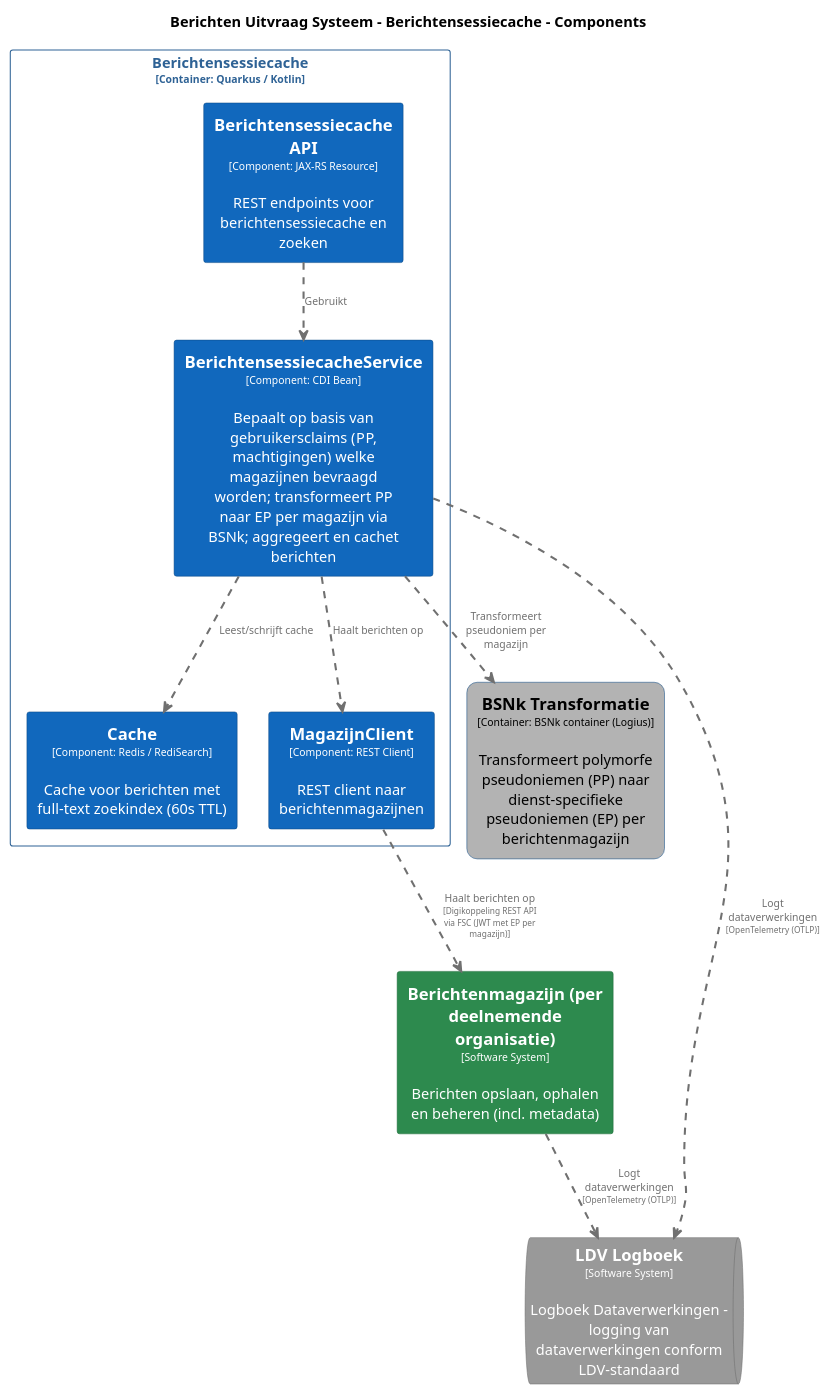
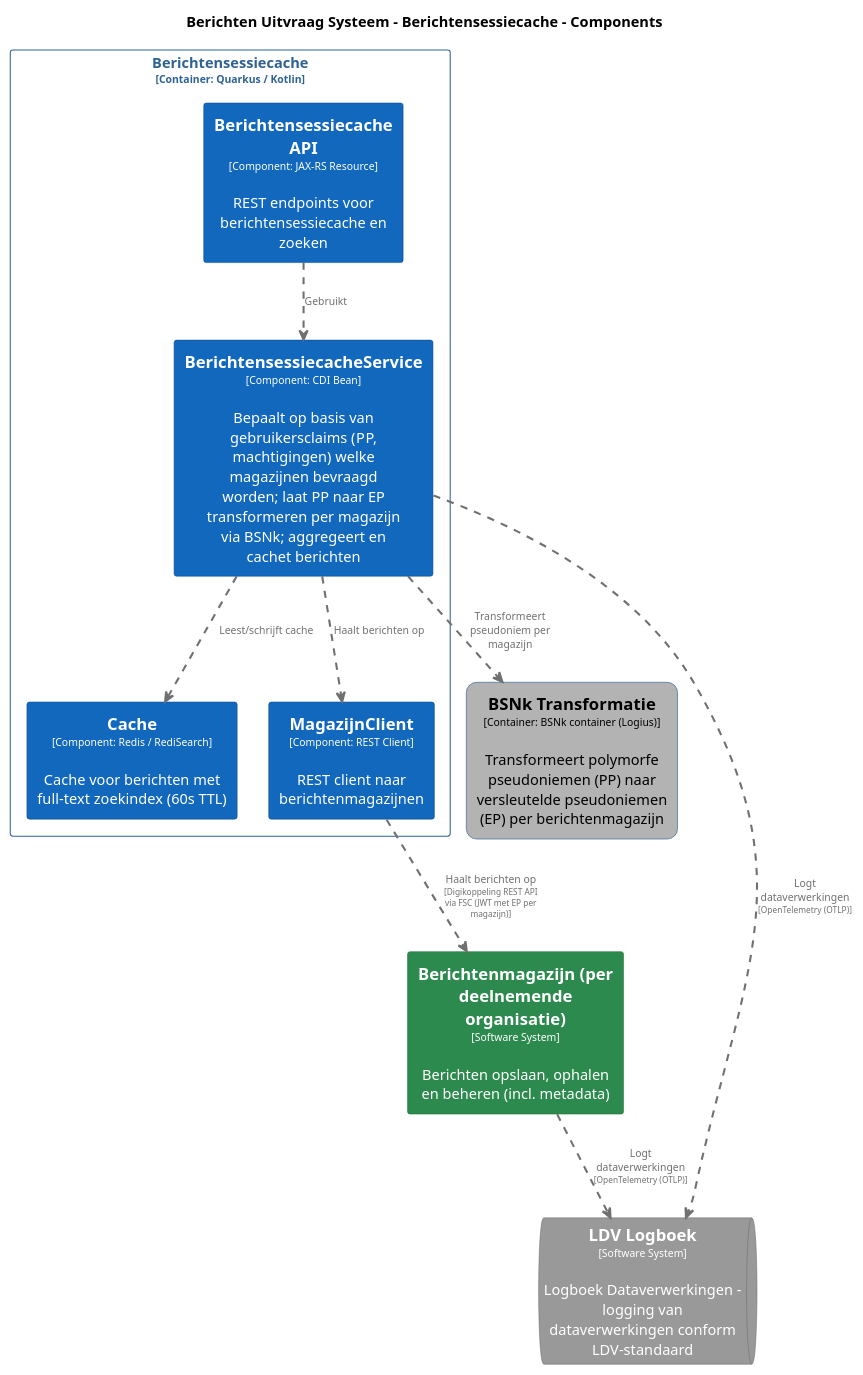
The diagram in pr-preview/pr-22/master/puml/BerichtensessiecacheComponenten.puml (MinBZK/moza-poc-fbs-berichtenbox), drawn with PlantUML before and after one commit. The commit also changed 29 other files, not shown here.

```diff
--- a/pr-preview/pr-22/master/puml/BerichtensessiecacheComponenten.puml
+++ b/pr-preview/pr-22/master/puml/BerichtensessiecacheComponenten.puml
@@ -1,85 +1,85 @@
 @startuml
 set separator none
 title Berichten Uitvraag Systeem - Berichtensessiecache - Components
 
 top to bottom direction
 skinparam ranksep 60
 skinparam nodesep 30
 
 skinparam {
   arrowFontSize 10
   defaultTextAlignment center
   wrapWidth 200
   maxMessageSize 100
 }
 
 hide stereotype
 
 skinparam rectangle<<BerichtenUitvraagSysteem.BSNkTransformatie>> {
   BackgroundColor #b3b3b3
   FontColor #000000
   BorderColor #0b4884
   roundCorner 20
   shadowing false
 }
 skinparam rectangle<<Berichtenmagazijnperdeelnemendeorganisatie>> {
   BackgroundColor #2d8a4e
   FontColor #ffffff
   BorderColor #1e6b38
   shadowing false
 }
 skinparam rectangle<<BerichtenUitvraagSysteem.Berichtensessiecache.BerichtensessiecacheAPI>> {
   BackgroundColor #1168bd
   FontColor #ffffff
   BorderColor #0b4884
   shadowing false
 }
 skinparam rectangle<<BerichtenUitvraagSysteem.Berichtensessiecache.BerichtensessiecacheService>> {
   BackgroundColor #1168bd
   FontColor #ffffff
   BorderColor #0b4884
   shadowing false
 }
 skinparam rectangle<<BerichtenUitvraagSysteem.Berichtensessiecache.Cache>> {
   BackgroundColor #1168bd
   FontColor #ffffff
   BorderColor #0b4884
   shadowing false
 }
 skinparam queue<<LDVLogboek>> {
   BackgroundColor #999999
   FontColor #ffffff
   BorderColor #6b6b6b
   shadowing false
 }
 skinparam rectangle<<BerichtenUitvraagSysteem.Berichtensessiecache.MagazijnClient>> {
   BackgroundColor #1168bd
   FontColor #ffffff
   BorderColor #0b4884
   shadowing false
 }
 skinparam rectangle<<BerichtenUitvraagSysteem.Berichtensessiecache>> {
   BorderColor #2e6295
   FontColor #2e6295
   shadowing false
 }
 
 rectangle "==Berichtenmagazijn (per deelnemende organisatie)\n<size:10>[Software System]</size>\n\nBerichten opslaan, ophalen en beheren (incl. metadata)" <<Berichtenmagazijnperdeelnemendeorganisatie>> as Berichtenmagazijnperdeelnemendeorganisatie
-rectangle "==BSNk Transformatie\n<size:10>[Container: BSNk container (Logius)]</size>\n\nTransformeert polymorfe pseudoniemen (PP) naar dienst-specifieke pseudoniemen (EP) per berichtenmagazijn" <<BerichtenUitvraagSysteem.BSNkTransformatie>> as BerichtenUitvraagSysteem.BSNkTransformatie
+rectangle "==BSNk Transformatie\n<size:10>[Container: BSNk container (Logius)]</size>\n\nTransformeert polymorfe pseudoniemen (PP) naar versleutelde pseudoniemen (EP) per berichtenmagazijn" <<BerichtenUitvraagSysteem.BSNkTransformatie>> as BerichtenUitvraagSysteem.BSNkTransformatie
 queue "==LDV Logboek\n<size:10>[Software System]</size>\n\nLogboek Dataverwerkingen - logging van dataverwerkingen conform LDV-standaard" <<LDVLogboek>> as LDVLogboek
 
 rectangle "Berichtensessiecache\n<size:10>[Container: Quarkus / Kotlin]</size>" <<BerichtenUitvraagSysteem.Berichtensessiecache>> {
   rectangle "==Berichtensessiecache API\n<size:10>[Component: JAX-RS Resource]</size>\n\nREST endpoints voor berichtensessiecache en zoeken" <<BerichtenUitvraagSysteem.Berichtensessiecache.BerichtensessiecacheAPI>> as BerichtenUitvraagSysteem.Berichtensessiecache.BerichtensessiecacheAPI
-  rectangle "==BerichtensessiecacheService\n<size:10>[Component: CDI Bean]</size>\n\nBepaalt op basis van gebruikersclaims (PP, machtigingen) welke magazijnen bevraagd worden; transformeert PP naar EP per magazijn via BSNk; aggregeert en cachet berichten" <<BerichtenUitvraagSysteem.Berichtensessiecache.BerichtensessiecacheService>> as BerichtenUitvraagSysteem.Berichtensessiecache.BerichtensessiecacheService
+  rectangle "==BerichtensessiecacheService\n<size:10>[Component: CDI Bean]</size>\n\nBepaalt op basis van gebruikersclaims (PP, machtigingen) welke magazijnen bevraagd worden; laat PP naar EP transformeren per magazijn via BSNk; aggregeert en cachet berichten" <<BerichtenUitvraagSysteem.Berichtensessiecache.BerichtensessiecacheService>> as BerichtenUitvraagSysteem.Berichtensessiecache.BerichtensessiecacheService
   rectangle "==Cache\n<size:10>[Component: Redis / RediSearch]</size>\n\nCache voor berichten met full-text zoekindex (60s TTL)" <<BerichtenUitvraagSysteem.Berichtensessiecache.Cache>> as BerichtenUitvraagSysteem.Berichtensessiecache.Cache
   rectangle "==MagazijnClient\n<size:10>[Component: REST Client]</size>\n\nREST client naar berichtenmagazijnen" <<BerichtenUitvraagSysteem.Berichtensessiecache.MagazijnClient>> as BerichtenUitvraagSysteem.Berichtensessiecache.MagazijnClient
 }
 
 Berichtenmagazijnperdeelnemendeorganisatie .[#707070,thickness=2].> LDVLogboek : "<color:#707070>Logt dataverwerkingen\n<color:#707070><size:8>[OpenTelemetry (OTLP)]</size>"
 BerichtenUitvraagSysteem.Berichtensessiecache.BerichtensessiecacheService .[#707070,thickness=2].> LDVLogboek : "<color:#707070>Logt dataverwerkingen\n<color:#707070><size:8>[OpenTelemetry (OTLP)]</size>"
 BerichtenUitvraagSysteem.Berichtensessiecache.BerichtensessiecacheAPI .[#707070,thickness=2].> BerichtenUitvraagSysteem.Berichtensessiecache.BerichtensessiecacheService : "<color:#707070>Gebruikt"
 BerichtenUitvraagSysteem.Berichtensessiecache.BerichtensessiecacheService .[#707070,thickness=2].> BerichtenUitvraagSysteem.Berichtensessiecache.Cache : "<color:#707070>Leest/schrijft cache"
 BerichtenUitvraagSysteem.Berichtensessiecache.BerichtensessiecacheService .[#707070,thickness=2].> BerichtenUitvraagSysteem.Berichtensessiecache.MagazijnClient : "<color:#707070>Haalt berichten op"
 BerichtenUitvraagSysteem.Berichtensessiecache.BerichtensessiecacheService .[#707070,thickness=2].> BerichtenUitvraagSysteem.BSNkTransformatie : "<color:#707070>Transformeert pseudoniem per magazijn"
 BerichtenUitvraagSysteem.Berichtensessiecache.MagazijnClient .[#707070,thickness=2].> Berichtenmagazijnperdeelnemendeorganisatie : "<color:#707070>Haalt berichten op\n<color:#707070><size:8>[Digikoppeling REST API via FSC (JWT met EP per magazijn)]</size>"
 @enduml
```
